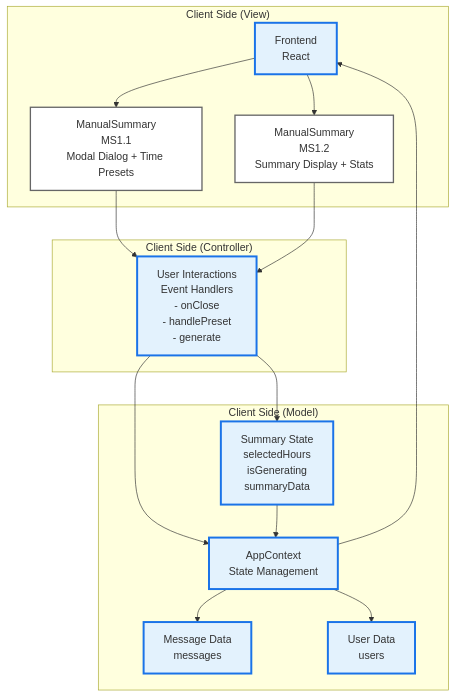
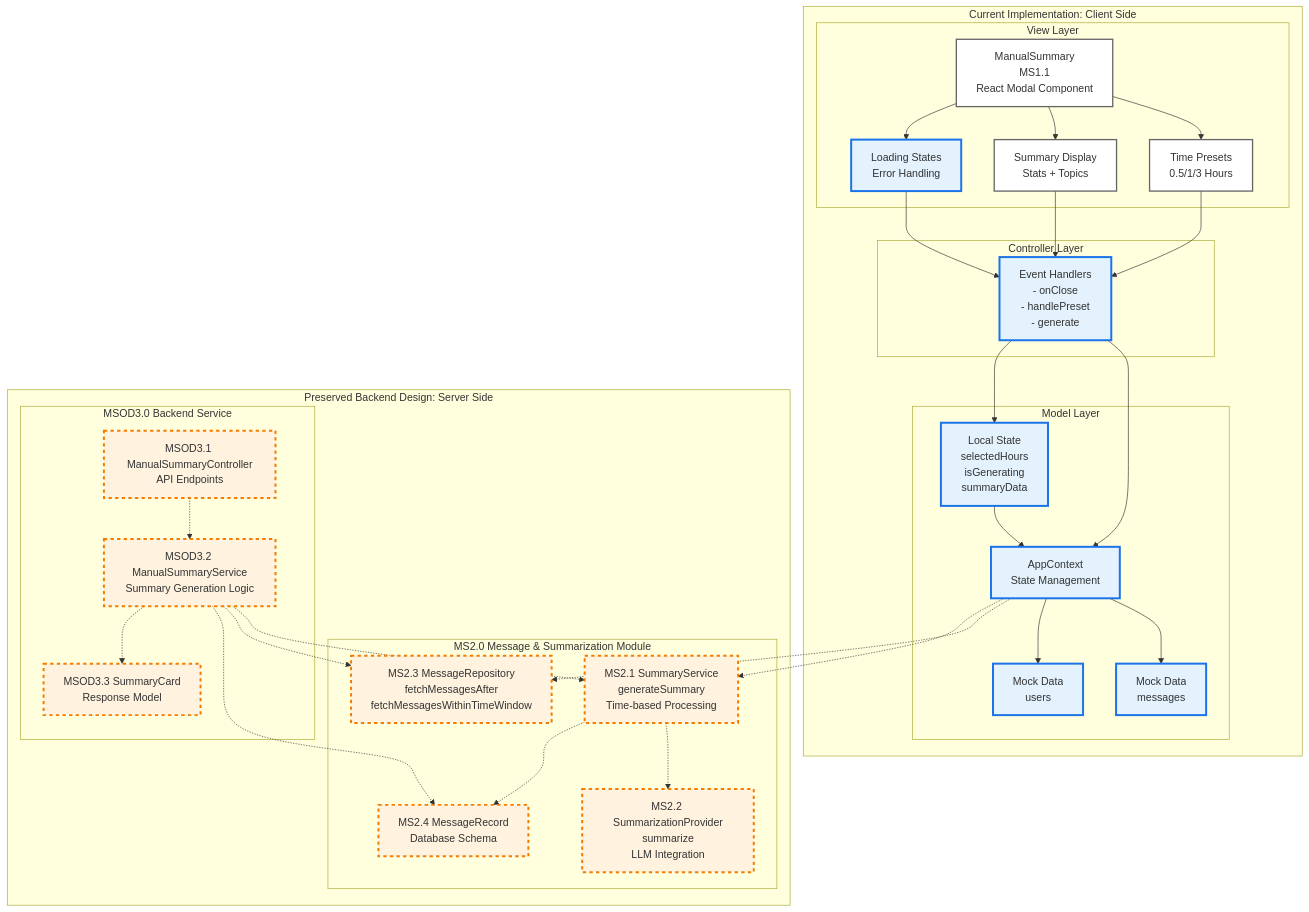
One commit to JamezM546/Web-Based-Discord-Clone changed the diagram in docs/diagrams/manual_architecture_diagram.mmd. Above: the diagram before and after it, drawn with Mermaid. The commit also changed 20 other files, not shown here.

First line of the commit message:
Update dev specs v2 to align with current codebase while preserving backend design

```diff
--- a/docs/diagrams/manual_architecture_diagram.mmd
+++ b/docs/diagrams/manual_architecture_diagram.mmd
@@ -1,38 +1,71 @@
 graph TB
     %% Manual Summary - Architecture Diagram
-    %% MVC Architecture Pattern
+    %% Shows both current client-side implementation and preserved backend design
 
-    subgraph "Client Side (View)"
-        A[Frontend<br/>React]
-        B[ManualSummary<br/>MS1.1<br/>Modal Dialog + Time Presets]
-        C[ManualSummary<br/>MS1.2<br/>Summary Display + Stats]
+    subgraph "Current Implementation: Client Side"
+        subgraph "View Layer"
+            A[ManualSummary<br/>MS1.1<br/>React Modal Component]
+            A1[Time Presets<br/>0.5/1/3 Hours]
+            A2[Summary Display<br/>Stats + Topics]
+            A3[Loading States<br/>Error Handling]
+        end
+        
+        subgraph "Controller Layer"
+            B[Event Handlers<br/>- onClose<br/>- handlePreset<br/>- generate]
+        end
+        
+        subgraph "Model Layer"
+            C[AppContext<br/>State Management]
+            C1[Mock Data<br/>messages]
+            C2[Mock Data<br/>users]
+            C3[Local State<br/>selectedHours<br/>isGenerating<br/>summaryData]
+        end
     end
 
-    subgraph "Client Side (Controller)"
-        D[User Interactions<br/>Event Handlers<br/>- onClose<br/>- handlePreset<br/>- generate]
+    subgraph "Preserved Backend Design: Server Side"
+        subgraph "MS2.0 Message & Summarization Module"
+            D[MS2.1 SummaryService<br/>generateSummary<br/>Time-based Processing]
+            E[MS2.2 SummarizationProvider<br/>summarize<br/>LLM Integration]
+            F[MS2.3 MessageRepository<br/>fetchMessagesAfter<br/>fetchMessagesWithinTimeWindow]
+            G[MS2.4 MessageRecord<br/>Database Schema]
+        end
+        
+        subgraph "MSOD3.0 Backend Service"
+            H[MSOD3.1 ManualSummaryController<br/>API Endpoints]
+            I[MSOD3.2 ManualSummaryService<br/>Summary Generation Logic]
+            J[MSOD3.3 SummaryCard<br/>Response Model]
+        end
     end
 
-    subgraph "Client Side (Model)"
-        E[AppContext<br/>State Management]
-        F[Message Data<br/>messages]
-        G[User Data<br/>users]
-        H[Summary State<br/>selectedHours<br/>isGenerating<br/>summaryData]
-    end
+    %% Current Implementation Flow
+    A --> A1
+    A --> A2
+    A --> A3
+    A1 --> B
+    A2 --> B
+    A3 --> B
+    B --> C
+    B --> C3
+    C --> C1
+    C --> C2
+    C3 --> C
 
-    %% MVC Data Flow
-    A --> B
-    A --> C
-    B --> D
-    C --> D
-    D --> E
-    D --> H
-    E --> F
-    E --> G
-    H --> E
-    E --> A
+    %% Future Backend Connections (dashed lines)
+    C -.-> F
+    C -.-> D
+    D -.-> E
+    D -.-> G
+    H -.-> I
+    I -.-> D
+    I -.-> F
+    I -.-> G
+    I -.-> J
 
     %% Styling
-    classDef clientClass fill:#e3f2fd,stroke:#1a73e8,stroke-width:3px
+    classDef currentImpl fill:#e3f2fd,stroke:#1a73e8,stroke-width:3px
+    classDef backendDesign fill:#fff3e0,stroke:#f57c00,stroke-width:3px,stroke-dasharray: 5 5
     classDef componentClass fill:#ffffff,stroke:#666666,stroke-width:2px
-    class A,B,C,D,E,F,G,H clientClass
-    class B,C componentClass
+    
+    class A,A1,A2,A3,B,C,C1,C2,C3 currentImpl
+    class D,E,F,G,H,I,J backendDesign
+    class A,A1,A2 componentClass
```
